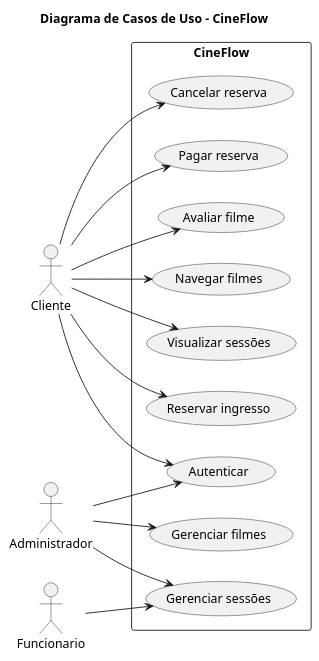
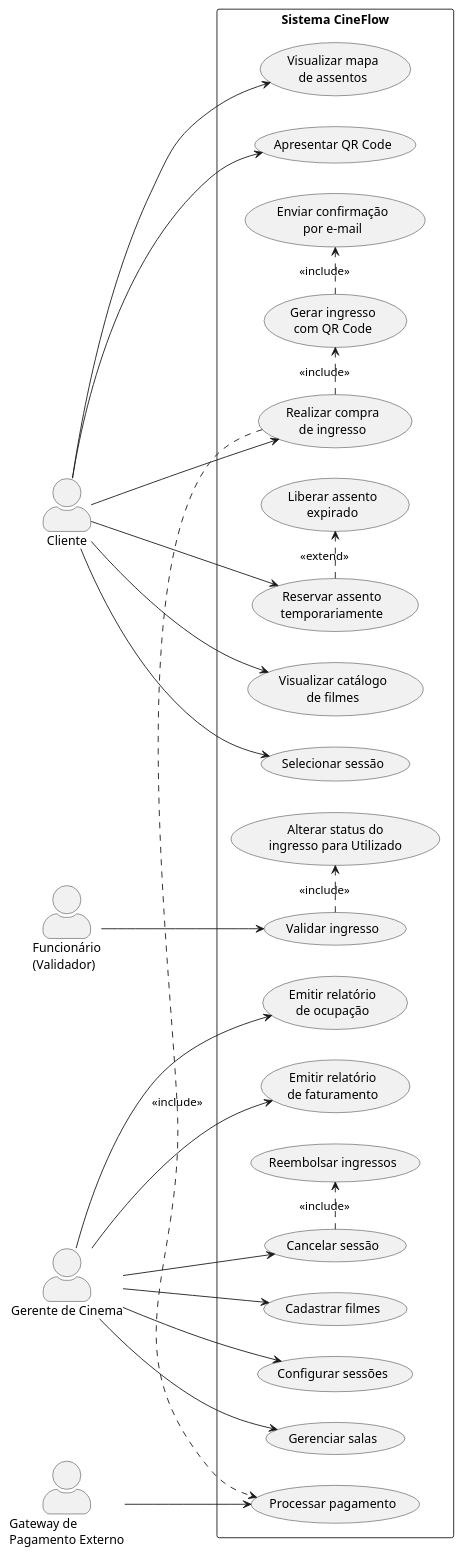
One commit to Davii13/trabalhoFinal_ProjetoDeSoftware changed the diagram in CodigosPlantUML/use_cases.puml. Above: the diagram before and after it, drawn with PlantUML. The commit also changed 16 other files, not shown here.

Commit message:
diagramação

```diff
--- a/CodigosPlantUML/use_cases.puml
+++ b/CodigosPlantUML/use_cases.puml
@@ -1,34 +1,80 @@
 @startuml
-title Diagrama de Casos de Uso - CineFlow
 left to right direction
-actor Cliente
-actor Administrador
-actor Funcionario
+skinparam packageStyle rectangle
+skinparam actorStyle awesome
 
-rectangle "CineFlow" {
-  usecase "Navegar filmes" as UC1
-  usecase "Visualizar sessões" as UC2
-  usecase "Reservar ingresso" as UC3
-  usecase "Cancelar reserva" as UC4
-  usecase "Pagar reserva" as UC5
-  usecase "Avaliar filme" as UC6
-  usecase "Gerenciar filmes" as UC7
-  usecase "Gerenciar sessões" as UC8
-  usecase "Autenticar" as UC9
+actor "Cliente" as Cliente
+actor "Funcionário\n(Validador)" as Validador
+actor "Gerente de Cinema" as Gerente
+actor "Gateway de\nPagamento Externo" as Gateway
+
+rectangle "Sistema CineFlow" {
+
+    usecase "Visualizar catálogo\nde filmes" as UC1
+    
+    usecase "Selecionar sessão" as UC2
+    
+    usecase "Visualizar mapa\nde assentos" as UC3
+    
+    usecase "Reservar assento\ntemporariamente" as UC4
+    
+    usecase "Realizar compra\nde ingresso" as UC5
+    
+    usecase "Processar pagamento" as UC6
+    
+    usecase "Gerar ingresso\ncom QR Code" as UC7
+    
+    usecase "Enviar confirmação\npor e-mail" as UC8
+    
+    usecase "Apresentar QR Code" as UC9
+    
+    usecase "Validar ingresso" as UC10
+    
+    usecase "Alterar status do\ningresso para Utilizado" as UC11
+    
+    usecase "Cadastrar filmes" as UC12
+    
+    usecase "Configurar sessões" as UC13
+    
+    usecase "Gerenciar salas" as UC14
+    
+    usecase "Emitir relatório\nde ocupação" as UC15
+    
+    usecase "Emitir relatório\nde faturamento" as UC16
+    
+    usecase "Cancelar sessão" as UC17
+    
+    usecase "Reembolsar ingressos" as UC18
+    
+    usecase "Liberar assento\nexpirado" as UC19
 }
 
 Cliente --> UC1
 Cliente --> UC2
 Cliente --> UC3
 Cliente --> UC4
 Cliente --> UC5
-Cliente --> UC6
 Cliente --> UC9
 
-Administrador --> UC7
-Administrador --> UC8
-Administrador --> UC9
+Validador --> UC10
 
-Funcionario --> UC8
+Gerente --> UC12
+Gerente --> UC13
+Gerente --> UC14
+Gerente --> UC15
+Gerente --> UC16
+Gerente --> UC17
+
+Gateway --> UC6
+
+UC5 .> UC6 : <<include>>
+UC5 .> UC7 : <<include>>
+UC7 .> UC8 : <<include>>
+
+UC10 .> UC11 : <<include>>
+
+UC17 .> UC18 : <<include>>
+
+UC4 .> UC19 : <<extend>>
 
 @enduml
```
